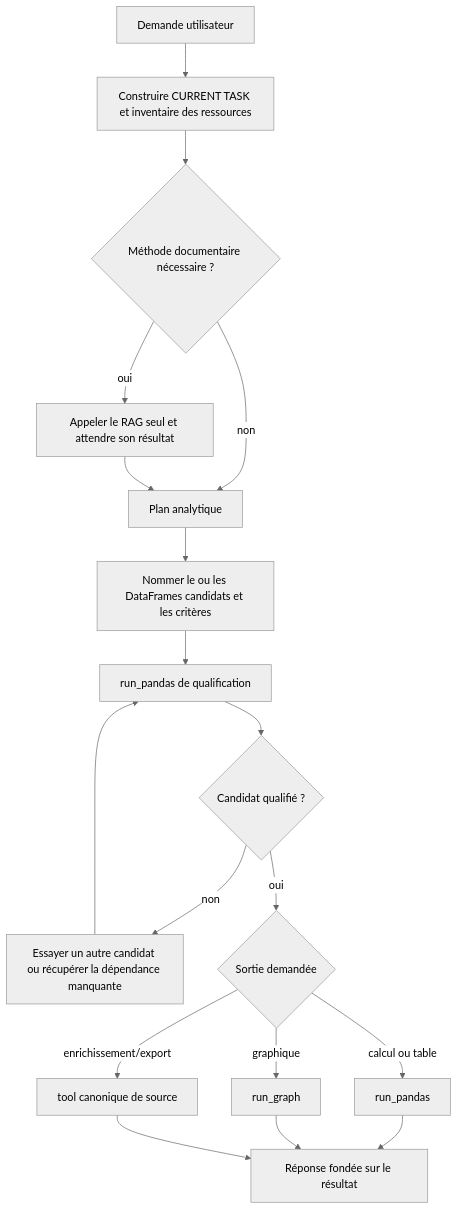
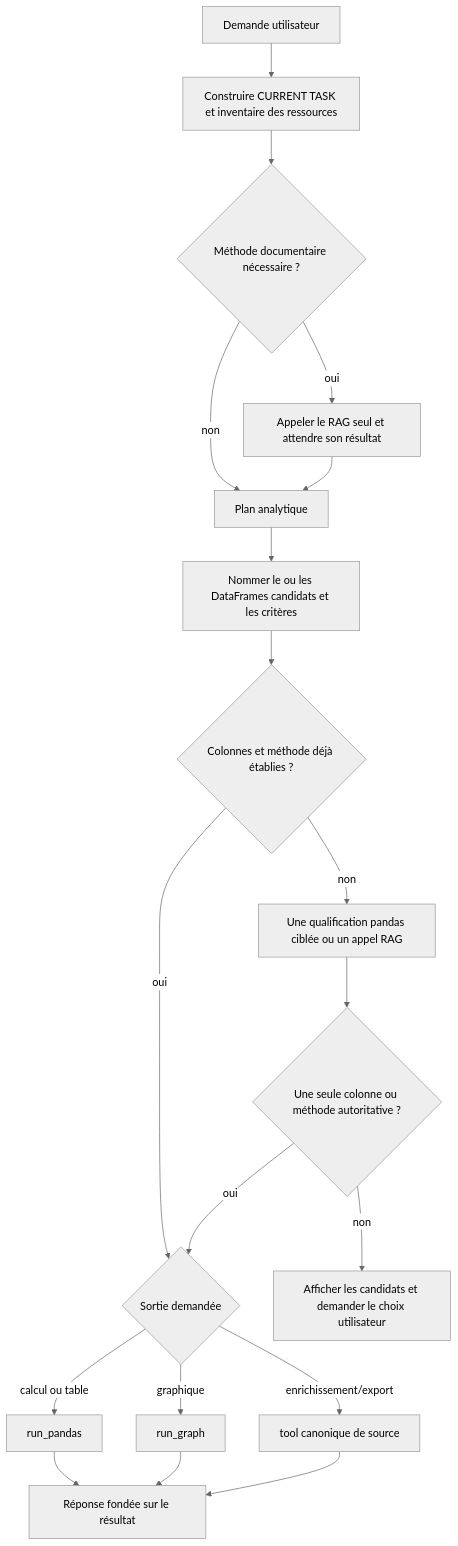
Before and after one commit to TidianeCisse777/IDEA: the third of 3 diagrams in ARCHITECTURE.md, drawn with Mermaid (neutral theme). The commit also changed other lines of this file and 30 other files, not shown here.

````diff
--- a/ARCHITECTURE.md
+++ b/ARCHITECTURE.md
@@ -169,20 +184,21 @@
 ```mermaid
 flowchart TD
     A["Demande utilisateur"] --> B["Construire CURRENT TASK et inventaire des ressources"]
     B --> C{"Méthode documentaire nécessaire ?"}
     C -->|"oui"| R["Appeler le RAG seul et attendre son résultat"]
     C -->|"non"| P["Plan analytique"]
     R --> P
     P --> D["Nommer le ou les DataFrames candidats et les critères"]
-    D --> Q["run_pandas de qualification"]
-    Q --> V{"Candidat qualifié ?"}
-    V -->|"non"| X["Essayer un autre candidat ou récupérer la dépendance manquante"]
-    X --> Q
-    V -->|"oui"| E{"Sortie demandée"}
+    D --> K{"Colonnes et méthode déjà établies ?"}
+    K -->|"oui"| E{"Sortie demandée"}
+    K -->|"non"| Q["Une qualification pandas ciblée ou un appel RAG"]
+    Q --> V{"Une seule colonne ou méthode autoritative ?"}
+    V -->|"oui"| E
+    V -->|"non"| H["Afficher les candidats et demander le choix utilisateur"]
     E -->|"calcul ou table"| PA["run_pandas"]
     E -->|"graphique"| GR["run_graph"]
     E -->|"enrichissement/export"| ST["tool canonique de source"]
     PA --> Z["Réponse fondée sur le résultat"]
     GR --> Z
     ST --> Z
 ```
````
